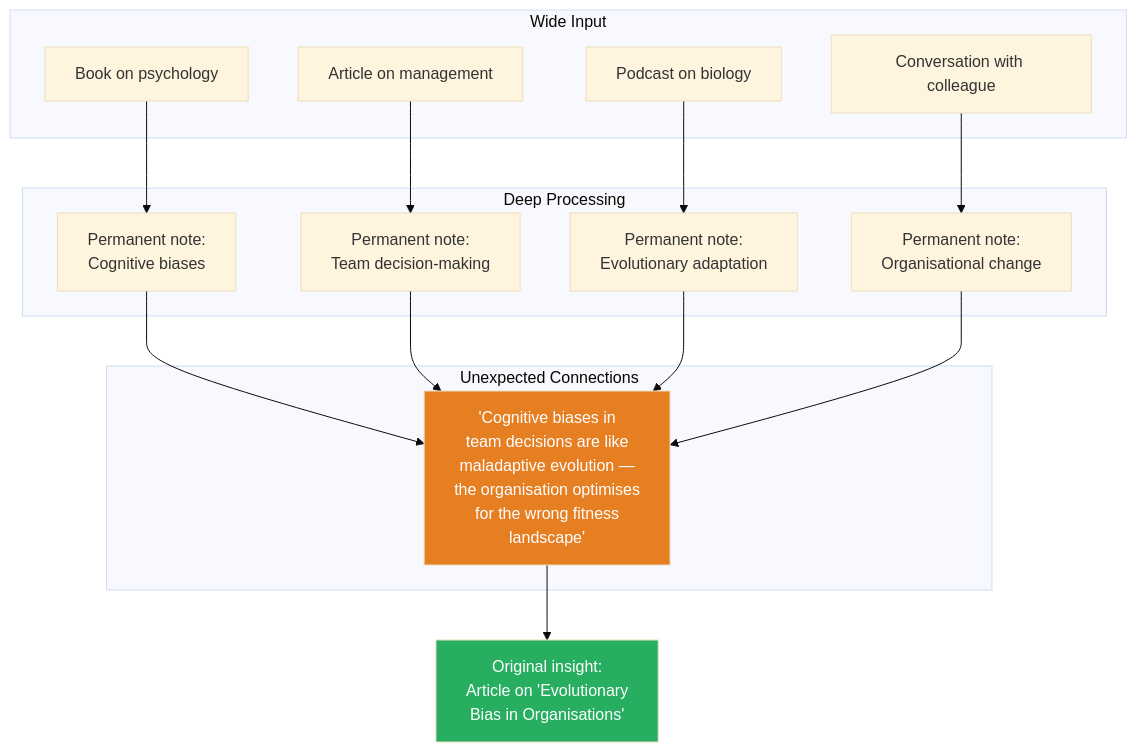
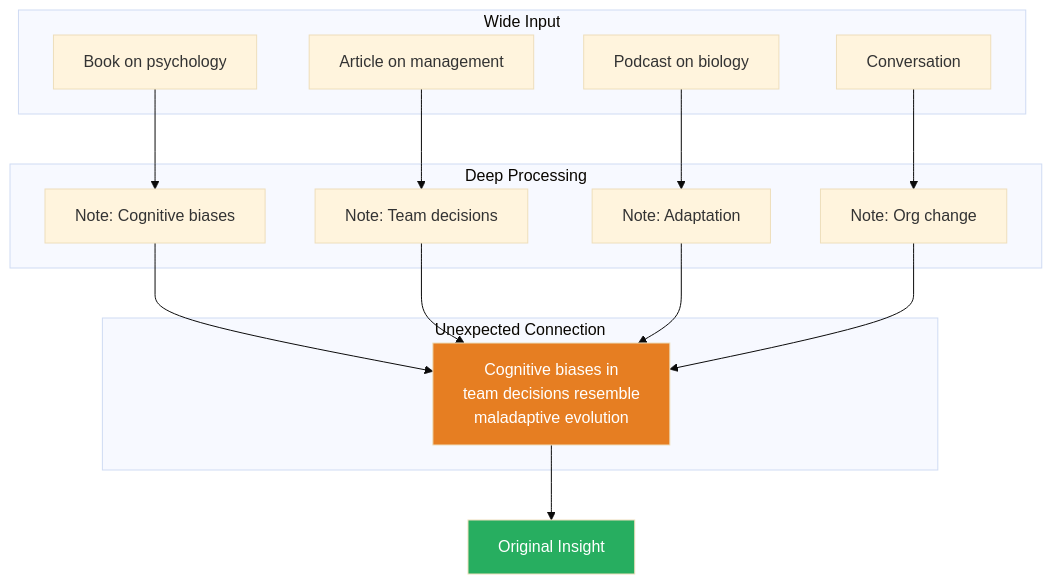
One commit to alius33/reader changed the sixth of 6 diagrams in summaries/Mindset & Self-Mastery/How to Take Smart Notes - Sonke Ahrens.md. Above: the diagram before and after it, drawn with Mermaid (base theme). The commit also changed other lines of this file and 272 other files, not shown here.

````diff
--- a/summaries/Mindset & Self-Mastery/How to Take Smart Notes - Sonke Ahrens.md
+++ b/summaries/Mindset & Self-Mastery/How to Take Smart Notes - Sonke Ahrens.md
@@ -710,29 +849,29 @@
 ```mermaid
 flowchart TD
     subgraph INPUT ["Wide Input"]
         B1["Book on psychology"]
         B2["Article on management"]
         B3["Podcast on biology"]
-        B4["Conversation with colleague"]
+        B4["Conversation"]
     end
     subgraph PROCESS ["Deep Processing"]
-        P1["Permanent note:\nCognitive biases"]
-        P2["Permanent note:\nTeam decision-making"]
-        P3["Permanent note:\nEvolutionary adaptation"]
-        P4["Permanent note:\nOrganisational change"]
+        P1["Note: Cognitive biases"]
+        P2["Note: Team decisions"]
+        P3["Note: Adaptation"]
+        P4["Note: Org change"]
     end
-    subgraph CONNECT ["Unexpected Connections"]
-        C1["'Cognitive biases in\nteam decisions are like\nmaladaptive evolution —\nthe organisation optimises\nfor the wrong fitness\nlandscape'"]
+    subgraph CONNECT ["Unexpected Connection"]
+        C1["Cognitive biases in<br>team decisions resemble<br>maladaptive evolution"]
     end
     B1 --> P1
     B2 --> P2
     B3 --> P3
     B4 --> P4
     P1 --> C1
     P2 --> C1
     P3 --> C1
     P4 --> C1
-    C1 --> O["Original insight:\nArticle on 'Evolutionary\nBias in Organisations'"]
+    C1 --> O["Original Insight"]
     style C1 fill:#e67e22,color:#fff
     style O fill:#27ae60,color:#fff
 ```
````
